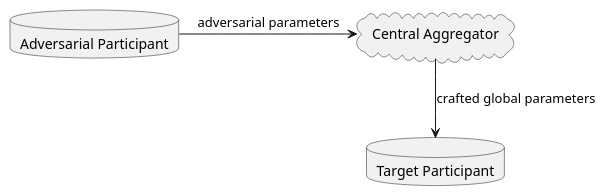
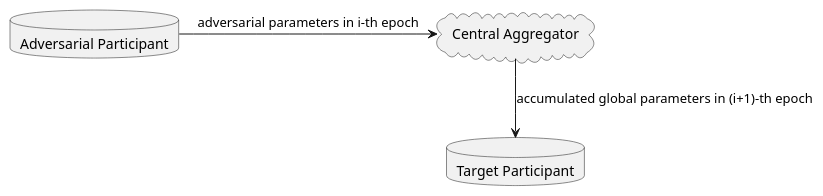
The diagram in report/imgs/local_gradient_ascent_attack.puml (gongzhimin/Membership-Inference-Attack-in-Federated-Learning), drawn with PlantUML before and after one commit. The commit also changed 6 other files, not shown here.

```diff
--- a/report/imgs/local_gradient_ascent_attack.puml
+++ b/report/imgs/local_gradient_ascent_attack.puml
@@ -1,8 +1,8 @@
 @startuml local_gradient_ascent_attack
 cloud "Central Aggregator" as CA
 database "Target Participant" as TP
 database "Adversarial Participant" as AP
 
-AP -right-> CA : adversarial parameters
-CA --> TP : crafted global parameters
+AP -right-> CA : adversarial parameters in i-th epoch
+CA --> TP : accumulated global parameters in (i+1)-th epoch
 @enduml
```
